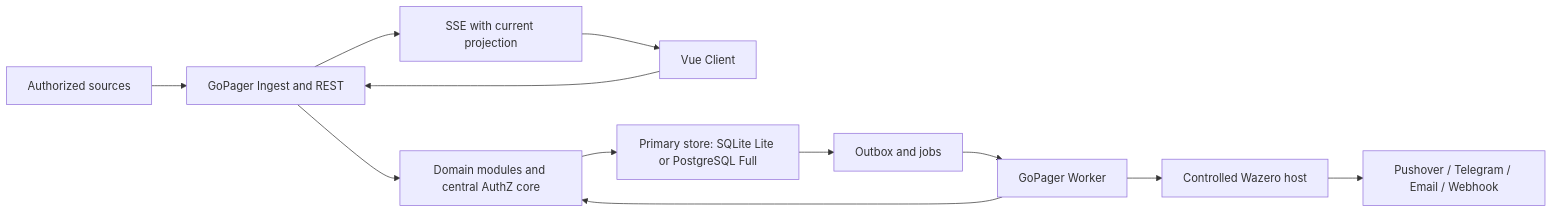
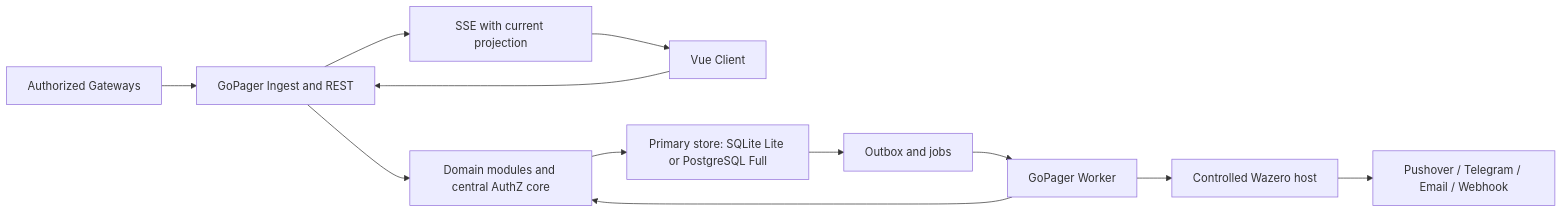
One commit to gopager/gopager changed the first of 2 diagrams in docs/architecture.md. Above: the diagram before and after it, drawn with Mermaid. The commit also changed other lines of this file and 7 other files, not shown here.

````diff
--- a/docs/architecture.md
+++ b/docs/architecture.md
@@ -48,14 +48,14 @@
 ```mermaid
 flowchart LR
-    Sources[Authorized sources] --> API[GoPager Ingest and REST]
+    Gateways[Authorized Gateways] --> API[GoPager Ingest and REST]
     Browser[Vue Client] --> API
     API --> Live[SSE with current projection]
     Live --> Browser
     API --> Modules[Domain modules and central AuthZ core]
     Modules --> SQL[Primary store: SQLite Lite or PostgreSQL Full]
     SQL --> Jobs[Outbox and jobs]
     Jobs --> Workers[GoPager Worker]
     Workers --> Modules
     Workers --> Host[Controlled Wazero host]
     Host --> Targets[Pushover / Telegram / Email / Webhook]
 ```
````
